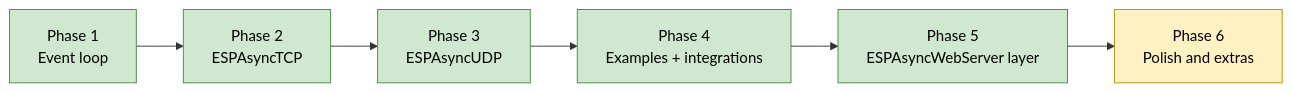
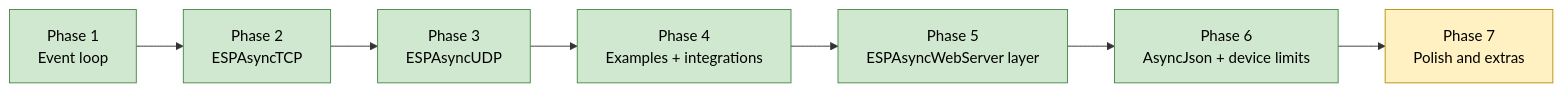
The diagram in wiki/Roadmap.md (JasonBolbach/ESPAsyncEmu), drawn with Mermaid before and after one commit. The commit also changed other lines of this file and 41 other files, not shown here.

First line of the commit message:
Add AsyncJson (ArduinoJson v6/v7) and device-limits strict mode

````diff
--- a/wiki/Roadmap.md
+++ b/wiki/Roadmap.md
@@ -3,11 +3,12 @@
 ```mermaid
 flowchart LR
     p1["Phase 1<br/>Event loop"]:::done --> p2["Phase 2<br/>ESPAsyncTCP"]:::done
     p2 --> p3["Phase 3<br/>ESPAsyncUDP"]:::done
     p3 --> p4["Phase 4<br/>Examples + integrations"]:::done
     p4 --> p5["Phase 5<br/>ESPAsyncWebServer layer"]:::done
-    p5 --> p6["Phase 6<br/>Polish and extras"]:::next
+    p5 --> p6["Phase 6<br/>AsyncJson + device limits"]:::done
+    p6 --> p7["Phase 7<br/>Polish and extras"]:::next
     classDef done fill:#cfe8cf,stroke:#4a8a4a,color:#000
     classDef next fill:#fff1c2,stroke:#b8920a,color:#000
     classDef later fill:#e6e6e6,stroke:#888,color:#000
 ```
````
